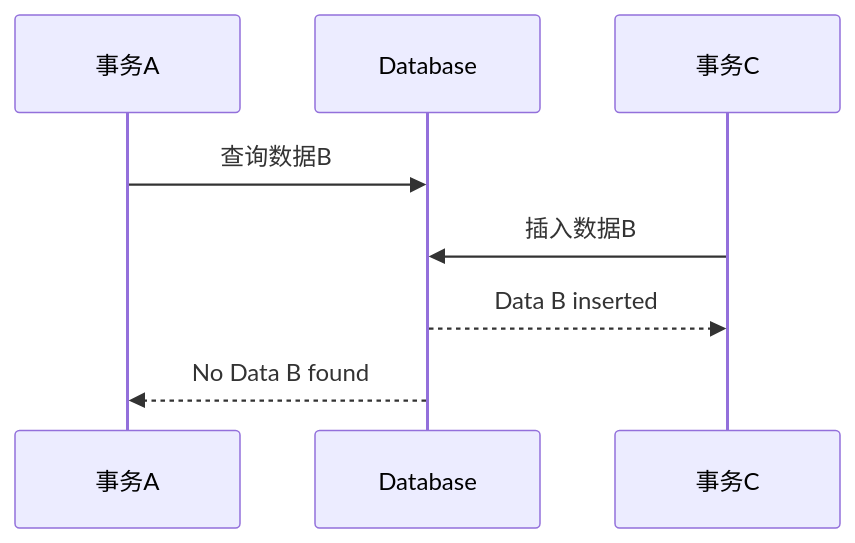
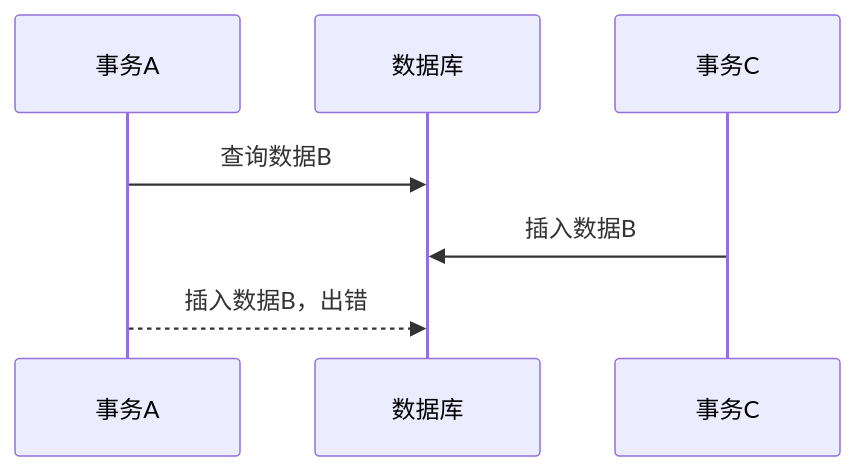
The diagram in 计算机/数据库/MySQL/4-2 事务.md (poppop9/obsidian), drawn with Mermaid before and after one commit. The commit also changed 3 other files, not shown here.

````diff
--- a/计算机/数据库/MySQL/4-2 事务.md
+++ b/计算机/数据库/MySQL/4-2 事务.md
@@ -91,8 +91,7 @@
 ```mermaid
 sequenceDiagram
-    事务A->>Database: 查询数据B
+    事务A->>数据库: 查询数据B
 
-    事务C->>Database: 插入数据B
-    Database-->>事务C: Data B inserted
-        Database-->>事务A: No Data B found
+    事务C->>数据库: 插入数据B
+	事务A-->>数据库: 插入数据B，出错
 ```
````
